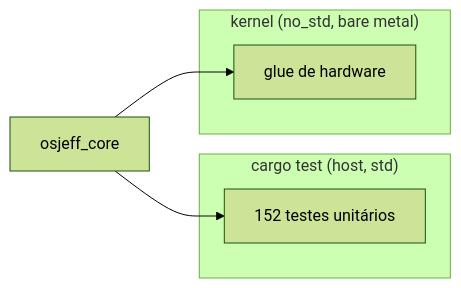
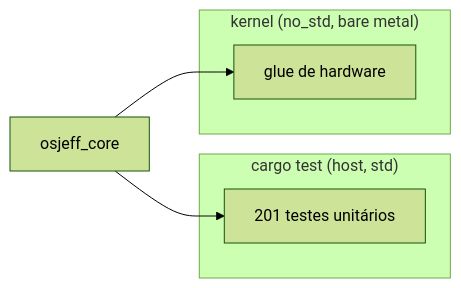
Before and after one commit to Jeffinp/OSjeff: the first of 6 diagrams in docs/ARCHITECTURE.md, drawn with Mermaid (forest theme). The commit also changed other lines of this file and 6 other files, not shown here.

First line of the commit message:
chore: add CI workflow, crate licenses, and correct README/ARCHITECTURE claims

````diff
--- a/docs/ARCHITECTURE.md
+++ b/docs/ARCHITECTURE.md
@@ -30,11 +30,11 @@
 ```mermaid
 flowchart LR
     subgraph host["cargo test (host, std)"]
-        T["152 testes unitários"]
+        T["201 testes unitários"]
     end
     subgraph prod["kernel (no_std, bare metal)"]
         K["glue de hardware"]
     end
     CORE["osjeff_core"] --> T
     CORE --> K
 ```
````
